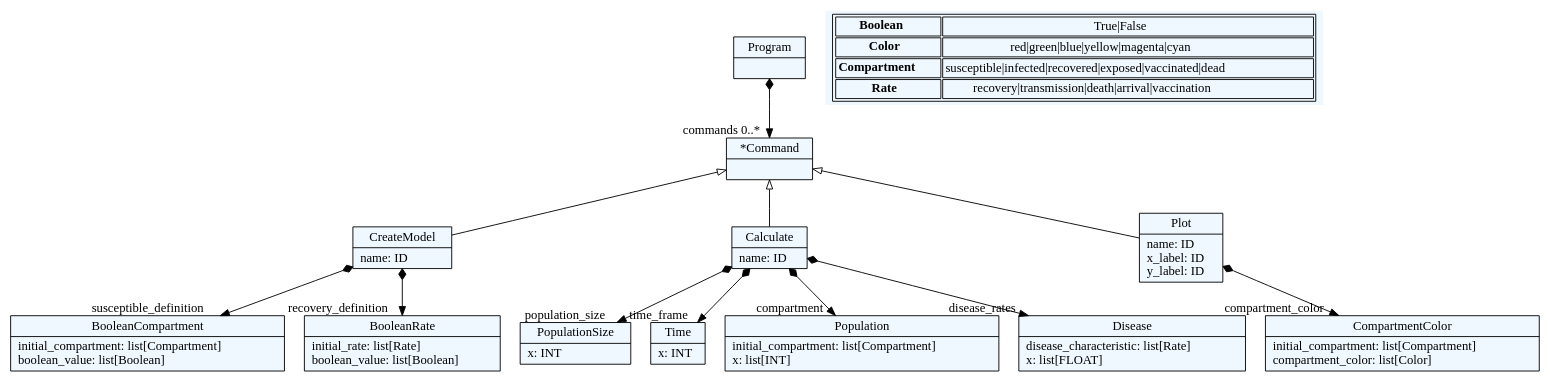
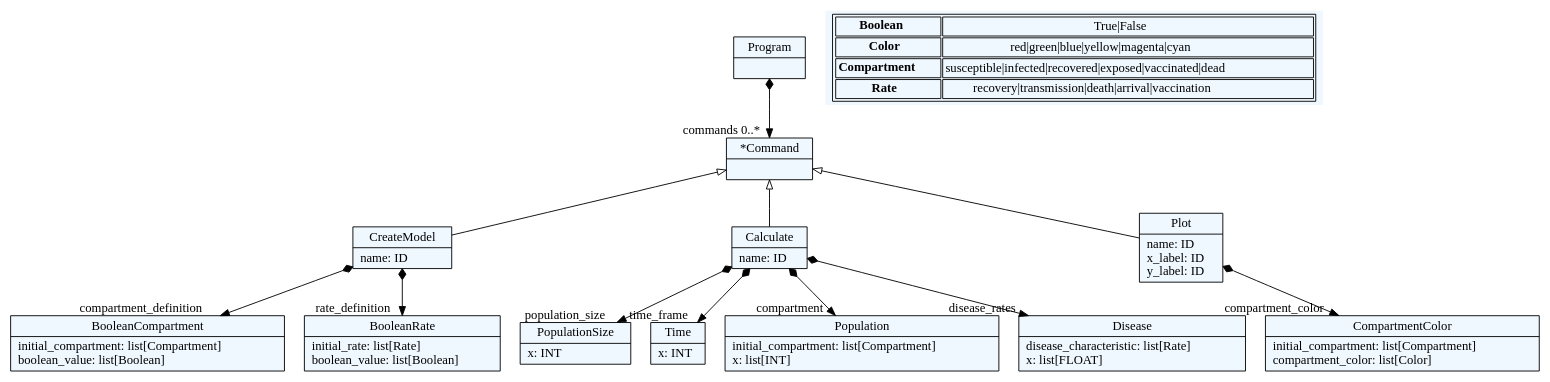
The diagram in virall_dsl/Diagrams/virall.dot (MaddyKapfhammer/VIRALLCodebase), drawn with Graphviz before and after one commit. The commit also changed 9 other files, not shown here.

```diff
--- a/virall_dsl/Diagrams/virall.dot
+++ b/virall_dsl/Diagrams/virall.dot
@@ -1,67 +1,67 @@
 
     digraph textX {
     fontname = "Bitstream Vera Sans"
     fontsize = 8
     node[
         shape=record,
         style=filled,
         fillcolor=aliceblue
     ]
     nodesep = 0.3
     edge[dir=black,arrowtail=empty]
 
 
-94590044176608[ label="{Program|}"]
+94670361977056[ label="{Program|}"]
 
-94590044156848[ label="{*Command|}"]
+94670361957296[ label="{*Command|}"]
 
-94590044311088[ label="{CreateModel|name: ID\l}"]
+94670362111536[ label="{CreateModel|name: ID\l}"]
 
-94590044317216[ label="{Calculate|name: ID\l}"]
+94670362117664[ label="{Calculate|name: ID\l}"]
 
-94590044322752[ label="{Plot|name: ID\lx_label: ID\ly_label: ID\l}"]
+94670362123200[ label="{Plot|name: ID\lx_label: ID\ly_label: ID\l}"]
 
-94590044328288[ label="{BooleanCompartment|initial_compartment: list[Compartment]\lboolean_value: list[Boolean]\l}"]
+94670362128736[ label="{BooleanCompartment|initial_compartment: list[Compartment]\lboolean_value: list[Boolean]\l}"]
 
-94590044333824[ label="{BooleanRate|initial_rate: list[Rate]\lboolean_value: list[Boolean]\l}"]
+94670362134272[ label="{BooleanRate|initial_rate: list[Rate]\lboolean_value: list[Boolean]\l}"]
 
-94590044340480[ label="{CompartmentColor|initial_compartment: list[Compartment]\lcompartment_color: list[Color]\l}"]
+94670362140928[ label="{CompartmentColor|initial_compartment: list[Compartment]\lcompartment_color: list[Color]\l}"]
 
-94590044320752[ label="{PopulationSize|x: INT\l}"]
+94670362121200[ label="{PopulationSize|x: INT\l}"]
 
-94590044108768[ label="{Time|x: INT\l}"]
+94670361909216[ label="{Time|x: INT\l}"]
 
-94590044344480[ label="{Population|initial_compartment: list[Compartment]\lx: list[INT]\l}"]
+94670362144928[ label="{Population|initial_compartment: list[Compartment]\lx: list[INT]\l}"]
 
-94590044361680[ label="{Disease|disease_characteristic: list[Rate]\lx: list[FLOAT]\l}"]
+94670362162128[ label="{Disease|disease_characteristic: list[Rate]\lx: list[FLOAT]\l}"]
 
 
 
-94590044176608 -> 94590044156848[arrowtail=diamond, dir=both, headlabel="commands 0..*"]
-94590044156848 -> 94590044311088 [dir=back]
-94590044156848 -> 94590044317216 [dir=back]
-94590044156848 -> 94590044322752 [dir=back]
-94590044311088 -> 94590044328288[arrowtail=diamond, dir=both, headlabel="susceptible_definition "]
-94590044311088 -> 94590044333824[arrowtail=diamond, dir=both, headlabel="recovery_definition "]
-94590044317216 -> 94590044320752[arrowtail=diamond, dir=both, headlabel="population_size "]
-94590044317216 -> 94590044344480[arrowtail=diamond, dir=both, headlabel="compartment "]
-94590044317216 -> 94590044361680[arrowtail=diamond, dir=both, headlabel="disease_rates "]
-94590044317216 -> 94590044108768[arrowtail=diamond, dir=both, headlabel="time_frame "]
-94590044322752 -> 94590044340480[arrowtail=diamond, dir=both, headlabel="compartment_color "]
+94670361977056 -> 94670361957296[arrowtail=diamond, dir=both, headlabel="commands 0..*"]
+94670361957296 -> 94670362111536 [dir=back]
+94670361957296 -> 94670362117664 [dir=back]
+94670361957296 -> 94670362123200 [dir=back]
+94670362111536 -> 94670362128736[arrowtail=diamond, dir=both, headlabel="compartment_definition "]
+94670362111536 -> 94670362134272[arrowtail=diamond, dir=both, headlabel="rate_definition "]
+94670362117664 -> 94670362121200[arrowtail=diamond, dir=both, headlabel="population_size "]
+94670362117664 -> 94670362144928[arrowtail=diamond, dir=both, headlabel="compartment "]
+94670362117664 -> 94670362162128[arrowtail=diamond, dir=both, headlabel="disease_rates "]
+94670362117664 -> 94670361909216[arrowtail=diamond, dir=both, headlabel="time_frame "]
+94670362123200 -> 94670362140928[arrowtail=diamond, dir=both, headlabel="compartment_color "]
 match_rules [ shape=plaintext, label=< <table>
 	<tr>
 		<td><b>Boolean</b></td><td>True|False</td>
 	</tr>
 	<tr>
 		<td><b>Color</b></td><td>red|green|blue|yellow|magenta|cyan</td>
 	</tr>
 	<tr>
 		<td><b>Compartment</b></td><td>susceptible|infected|recovered|exposed|vaccinated|dead</td>
 	</tr>
 	<tr>
 		<td><b>Rate</b></td><td>recovery|transmission|death|arrival|vaccination</td>
 	</tr>
 </table> >]
 
 
 }
```
